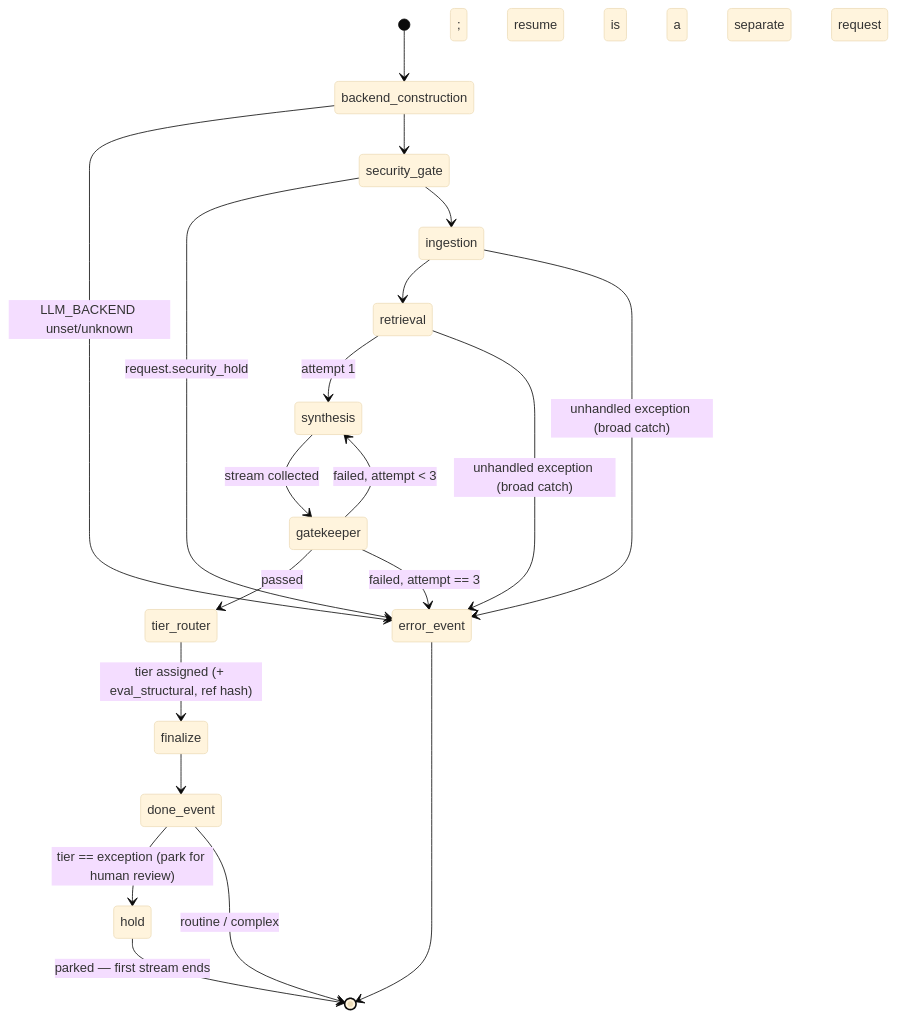
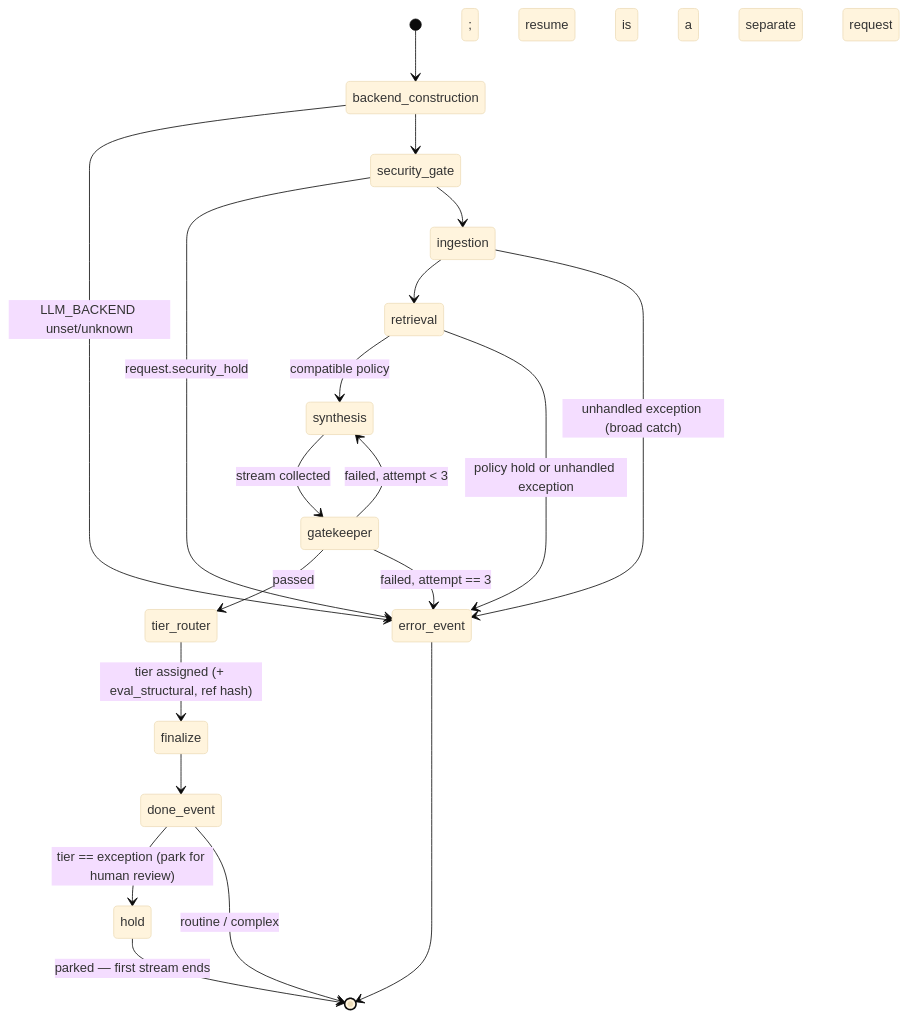
Before and after one commit to mcruz90/paxos-demo: the third of 5 diagrams in docs/architecture/05-state-lifecycle.md, drawn with Mermaid (base theme). The commit also changed other lines of this file and 11 other files, not shown here.

````diff
--- a/docs/architecture/05-state-lifecycle.md
+++ b/docs/architecture/05-state-lifecycle.md
@@ -90,22 +90,22 @@
 ```mermaid
 stateDiagram-v2
     [*] --> backend_construction
     backend_construction --> error_event : LLM_BACKEND unset/unknown
     backend_construction --> security_gate
     security_gate --> error_event : request.security_hold
     security_gate --> ingestion
     ingestion --> retrieval
-    retrieval --> synthesis : attempt 1
+    retrieval --> synthesis : compatible policy
     synthesis --> gatekeeper : stream collected
     gatekeeper --> tier_router : passed
     tier_router --> finalize : tier assigned (+ eval_structural, ref hash)
     finalize --> done_event
     done_event --> hold : tier == exception (park for human review)
     gatekeeper --> synthesis : failed, attempt < 3
     gatekeeper --> error_event : failed, attempt == 3
     ingestion --> error_event : unhandled exception (broad catch)
-    retrieval --> error_event : unhandled exception (broad catch)
+    retrieval --> error_event : policy hold or unhandled exception
     done_event --> [*] : routine / complex
     hold --> [*] : parked — first stream ends; resume is a separate request
     error_event --> [*]
 ```
````
